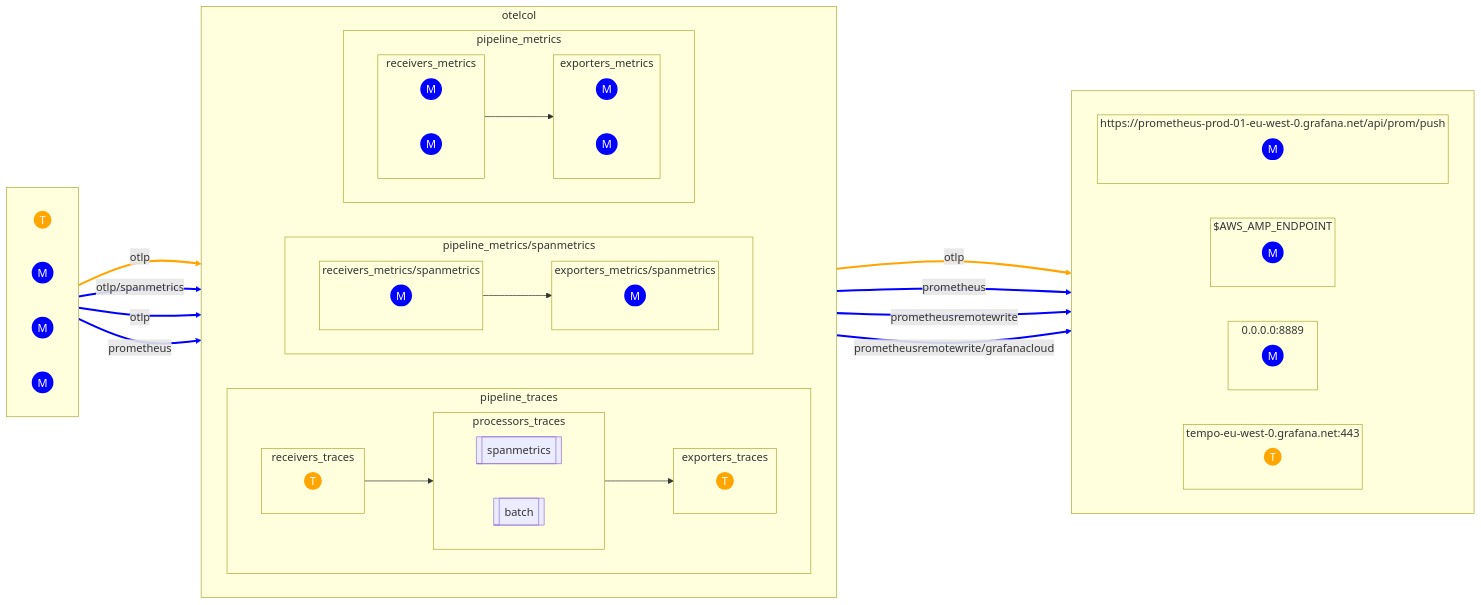
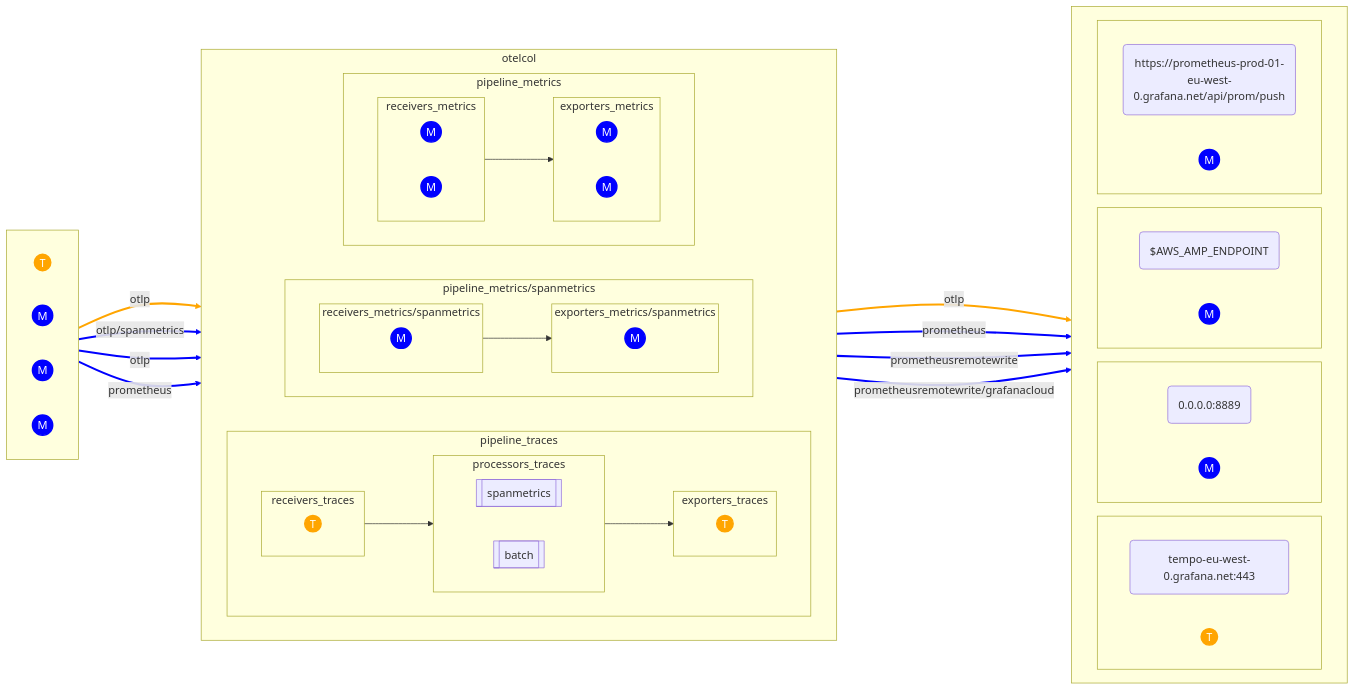
Before and after one commit to devrimdemiroz/opentelemetry-browser: the diagram in src/main/resources/static/GeneratedDiagram.md, drawn with Mermaid. The commit also changed 1 other file, not shown here.

Commit message:
minor touch

```diff
--- a/src/main/resources/static/GeneratedDiagram.md
+++ b/src/main/resources/static/GeneratedDiagram.md
@@ -78,23 +78,23 @@
 end
 subgraph exporterNodes[" "]
 direction LR
-          subgraph otlp4_sg[tempo-eu-west-0.grafana.net:443]
-          direction LR
+          subgraph otlp4_sg[ ]
+          otlp4_ep(tempo-eu-west-0.grafana.net:443)
           otlp4((T)):::tclass
          end
 
-          subgraph prometheus8_sg[0.0.0.0:8889]
-          direction LR
+          subgraph prometheus8_sg[ ]
+          prometheus8_ep(0.0.0.0:8889)
           prometheus8((M)):::mclass
          end
 
-          subgraph prometheusremotewrite14_sg[$AWS_AMP_ENDPOINT]
-          direction LR
+          subgraph prometheusremotewrite14_sg[ ]
+          prometheusremotewrite14_ep($AWS_AMP_ENDPOINT)
           prometheusremotewrite14((M)):::mclass
          end
 
-          subgraph prometheusremotewrite/grafanacloud16_sg[https://prometheus-prod-01-eu-west-0.grafana.net/api/prom/push]
-          direction LR
+          subgraph prometheusremotewrite/grafanacloud16_sg[ ]
+          prometheusremotewrite/grafanacloud16_ep(https://prometheus-prod-01-eu-west-0.grafana.net/api/prom/push)
           prometheusremotewrite/grafanacloud16((M)):::mclass
          end
 
```
